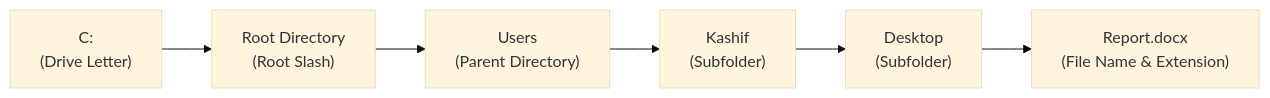
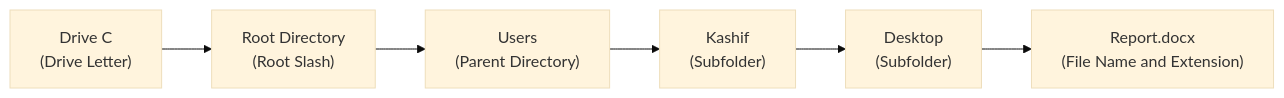
One commit to Kashif-Mashi/Blue-Team-Handbook changed the eighth of 10 diagrams in Windows/Fundamentals/Chapter 03 — Windows File System & File Explorer.md. Above: the diagram before and after it, drawn with Mermaid (base theme). The commit also changed other lines of this file and 1 other file, not shown here.

````diff
--- a/Windows/Fundamentals/Chapter 03 — Windows File System & File Explorer.md
+++ b/Windows/Fundamentals/Chapter 03 — Windows File System & File Explorer.md
@@ -481,8 +481,8 @@
 ```mermaid
 flowchart LR
-    Drive["C:<br/>(Drive Letter)"] --> RootSep["Root Directory<br/>(Root Slash)"]
-    RootSep --> Folder1["Users<br/>(Parent Directory)"]
-    Folder1 --> Folder2["Kashif<br/>(Subfolder)"]
-    Folder2 --> Folder3["Desktop<br/>(Subfolder)"]
-    Folder3 --> File["Report.docx<br/>(File Name & Extension)"]
+    Drive["Drive C<br>(Drive Letter)"] --> RootSep["Root Directory<br>(Root Slash)"]
+    RootSep --> Folder1["Users<br>(Parent Directory)"]
+    Folder1 --> Folder2["Kashif<br>(Subfolder)"]
+    Folder2 --> Folder3["Desktop<br>(Subfolder)"]
+    Folder3 --> File["Report.docx<br>(File Name and Extension)"]
 ```
````
